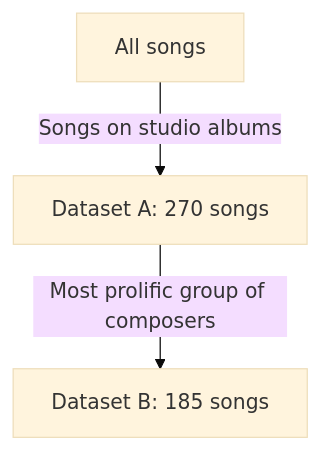
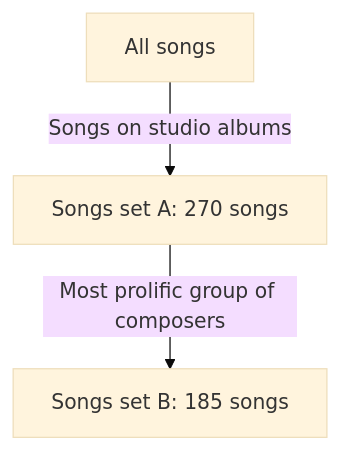
The diagram in docs/paper.md (richelbilderbeek/paper_k3_ratings), drawn with Mermaid (base theme) before and after one commit. The commit also changed other lines of this file, not shown here.

````diff
--- a/docs/paper.md
+++ b/docs/paper.md
@@ -82,9 +92,9 @@
 ```mermaid
 flowchart TD
   all[All songs]
-  studio_albums[Dataset A: 270 songs]
-  same_composers[Dataset B: 185 songs]
+  studio_albums[Songs set A: 270 songs]
+  same_composers[Songs set B: 185 songs]
 
   all --> |Songs on studio albums|studio_albums
   studio_albums --> |Most prolific group of composers|same_composers
 ```
````
